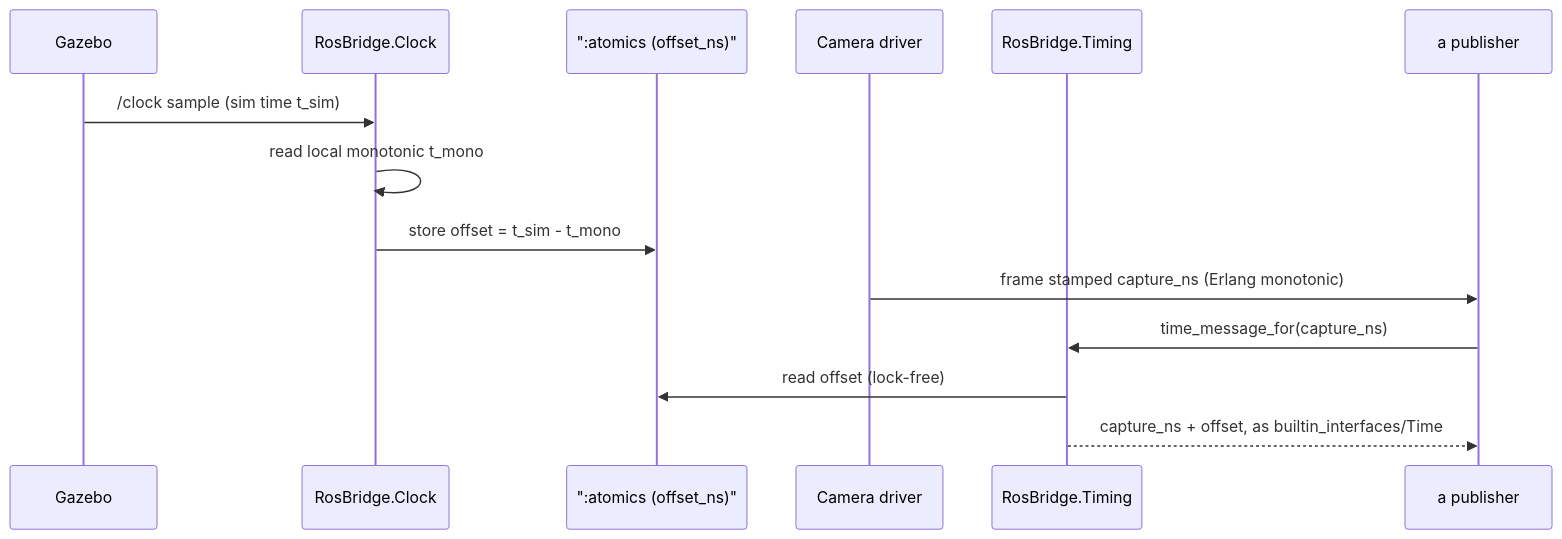
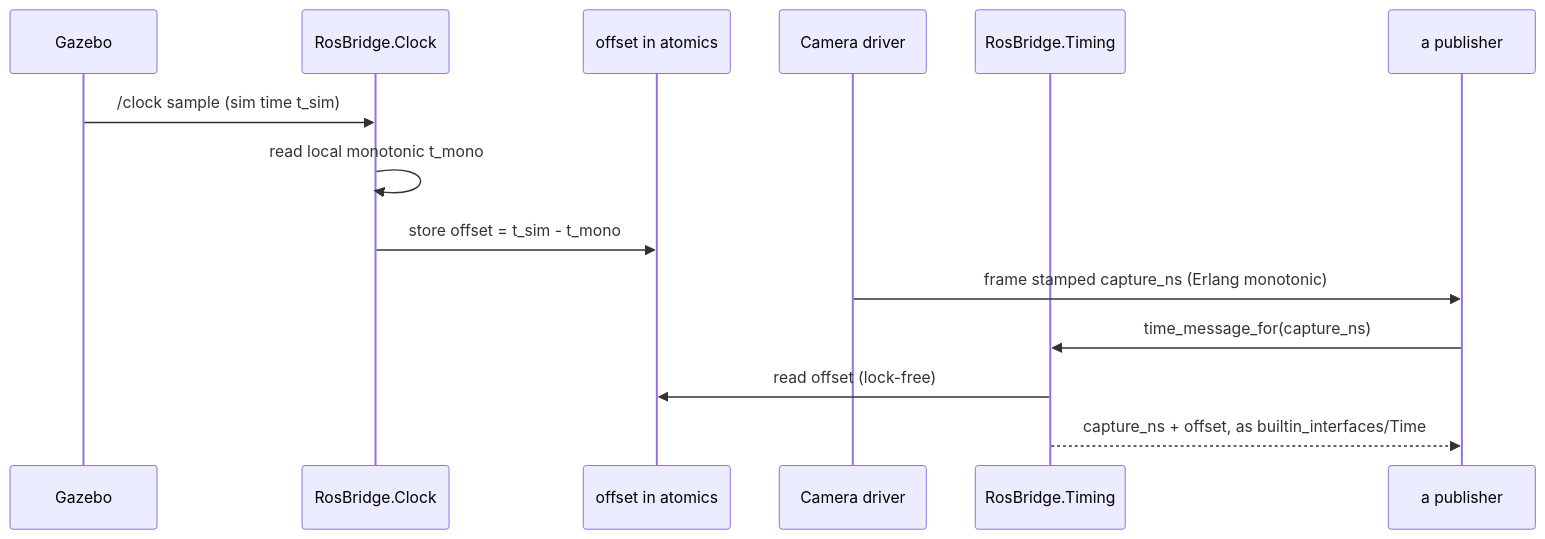
One commit to open-vehicle-control-system/ovcs changed the third of 8 diagrams in docs/ros2_integration.md. Above: the diagram before and after it, drawn with Mermaid. The commit also changed other lines of this file and 1 other file, not shown here.

````diff
--- a/docs/ros2_integration.md
+++ b/docs/ros2_integration.md
@@ -197,16 +203,16 @@
 ```mermaid
 sequenceDiagram
     participant GZ as Gazebo
     participant CL as RosBridge.Clock
-    participant A as ":atomics (offset_ns)"
+    participant A as offset in atomics
     participant D as Camera driver
     participant T as RosBridge.Timing
     participant P as a publisher
     GZ->>CL: /clock sample (sim time t_sim)
     CL->>CL: read local monotonic t_mono
     CL->>A: store offset = t_sim - t_mono
     D->>P: frame stamped capture_ns (Erlang monotonic)
     P->>T: time_message_for(capture_ns)
     T->>A: read offset (lock-free)
     T-->>P: capture_ns + offset, as builtin_interfaces/Time
 ```
````
